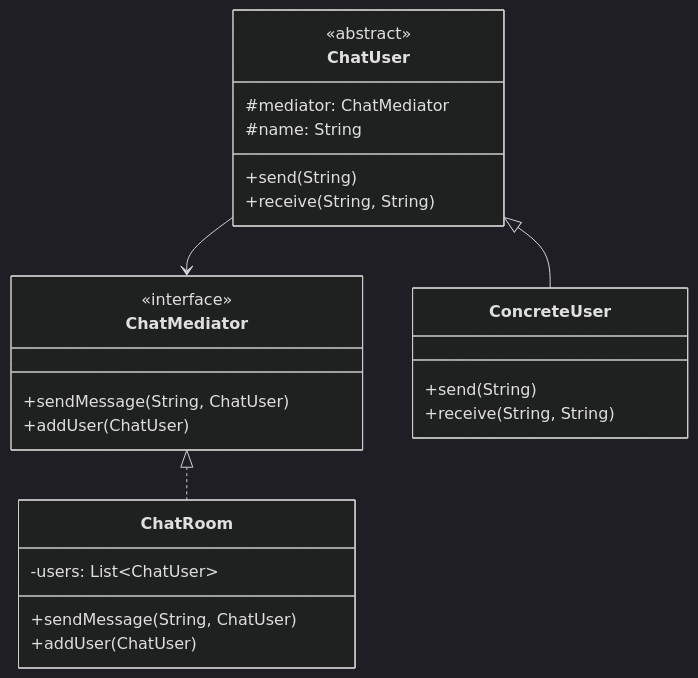
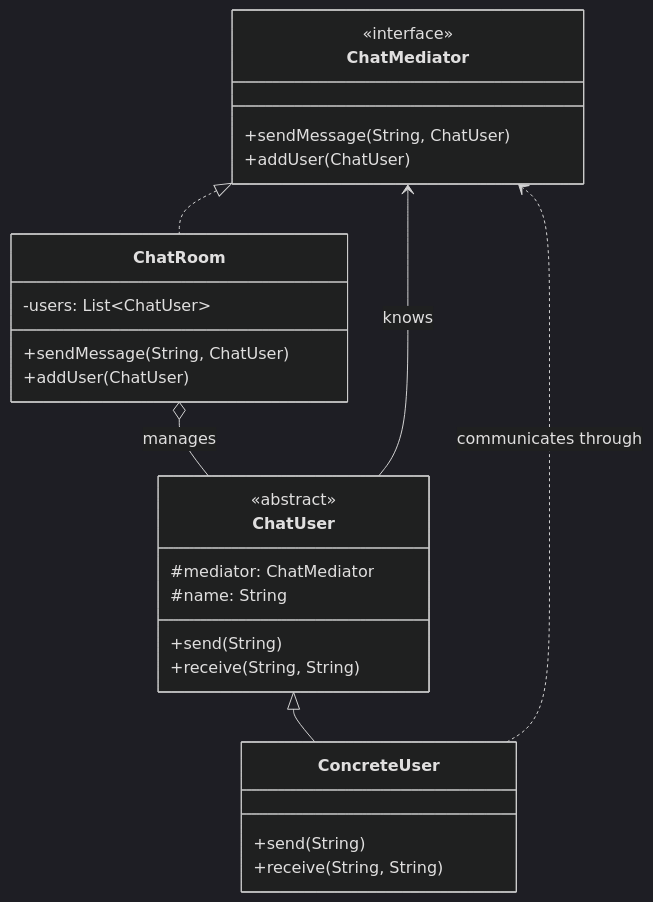
Diagram 17 of 23 in content/english/blog/system_design/core_design_patterns.md (welldesignedsystem/welldesignedsystem.github.io), drawn with Mermaid (dark theme) before and after one commit. The commit also changed other lines of this file and 1 other file, not shown here.

````diff
--- a/content/english/blog/system_design/core_design_patterns.md
+++ b/content/english/blog/system_design/core_design_patterns.md
@@ -1346,27 +1374,29 @@
 ```mermaid
 classDiagram
     class ChatMediator {
         <<interface>>
         +sendMessage(String, ChatUser)
         +addUser(ChatUser)
     }
     class ChatRoom {
         -users: List~ChatUser~
         +sendMessage(String, ChatUser)
         +addUser(ChatUser)
     }
     class ChatUser {
         <<abstract>>
         #mediator: ChatMediator
         #name: String
         +send(String)
         +receive(String, String)
     }
     class ConcreteUser {
         +send(String)
         +receive(String, String)
     }
     ChatMediator <|.. ChatRoom
     ChatUser <|-- ConcreteUser
-    ChatUser --> ChatMediator
+    ChatUser --> ChatMediator : knows
+    ChatRoom o-- ChatUser : manages
+    ConcreteUser ..> ChatMediator : communicates through
 ```
````
